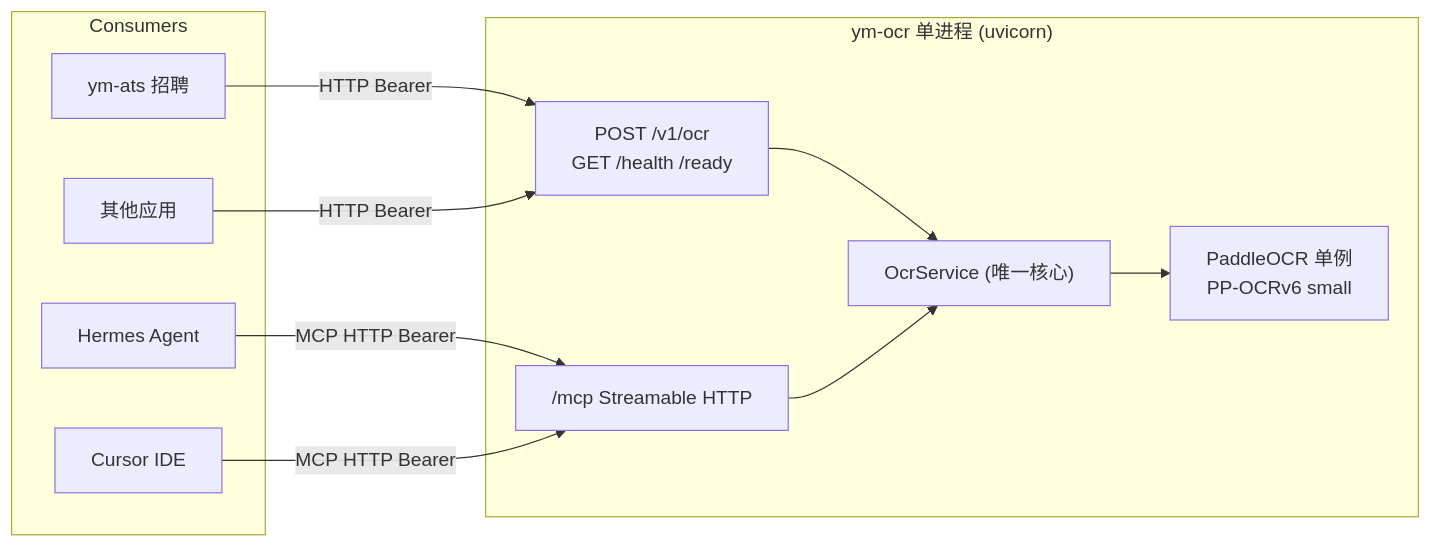
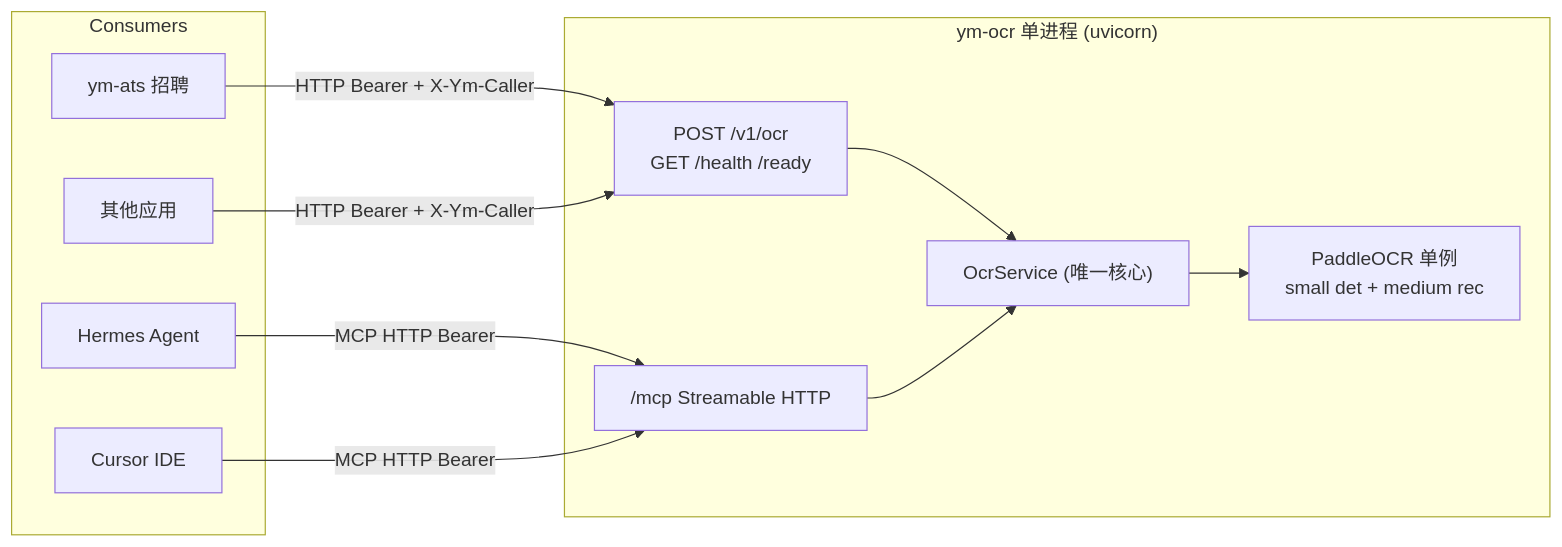
Before and after one commit to Y9958M/ym-ocr: the diagram in README.md, drawn with Mermaid. The commit also changed other lines of this file and 8 other files, not shown here.

````diff
--- a/README.md
+++ b/README.md
@@ -9,22 +9,22 @@
 ```mermaid
 flowchart LR
     subgraph Consumers
         YmAts[ym-ats 招聘]
         AppB[其他应用]
         Hermes[Hermes Agent]
         Cursor[Cursor IDE]
     end
     subgraph YmOcr["ym-ocr 单进程 (uvicorn)"]
         Rest["POST /v1/ocr<br/>GET /health /ready"]
         Mcp["/mcp Streamable HTTP"]
         Core["OcrService (唯一核心)"]
-        Engine["PaddleOCR 单例<br/>PP-OCRv6 small"]
+        Engine["PaddleOCR 单例<br/>small det + medium rec"]
         Rest --> Core
         Mcp --> Core
         Core --> Engine
     end
-    YmAts -->|HTTP Bearer| Rest
-    AppB -->|HTTP Bearer| Rest
+    YmAts -->|HTTP Bearer + X-Ym-Caller| Rest
+    AppB -->|HTTP Bearer + X-Ym-Caller| Rest
     Hermes -->|MCP HTTP Bearer| Mcp
     Cursor -->|MCP HTTP Bearer| Mcp
 ```
````
